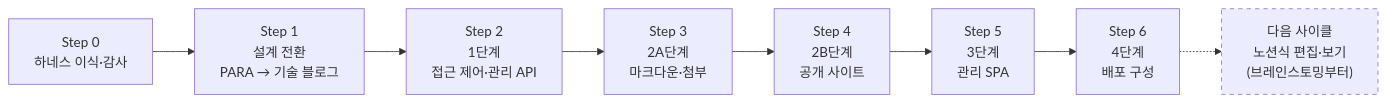
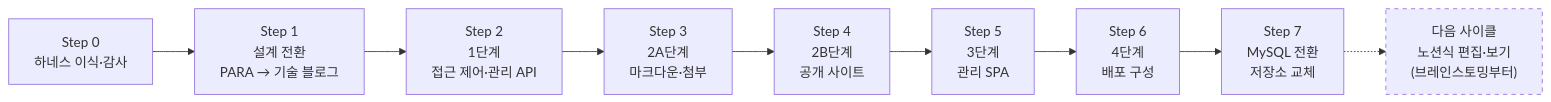
One commit to BerryBless/WebProject changed the first of 24 diagrams in docs/worklog.md. Above: the diagram before and after it, drawn with Mermaid. The commit also changed other lines of this file and 121 other files, not shown here.

````diff
--- a/docs/worklog.md
+++ b/docs/worklog.md
@@ -22,11 +23,12 @@
 ```mermaid
 flowchart LR
     S0["Step 0<br/>하네스 이식·감사"] --> S1["Step 1<br/>설계 전환<br/>PARA → 기술 블로그"]
     S1 --> S2["Step 2<br/>1단계<br/>접근 제어·관리 API"]
     S2 --> S3["Step 3<br/>2A단계<br/>마크다운·첨부"]
     S3 --> S4["Step 4<br/>2B단계<br/>공개 사이트"]
     S4 --> S5["Step 5<br/>3단계<br/>관리 SPA"]
     S5 --> S6["Step 6<br/>4단계<br/>배포 구성"]
-    S6 -.-> NEXT["다음 사이클<br/>노션식 편집·보기<br/>(브레인스토밍부터)"]
+    S6 --> S7["Step 7<br/>MySQL 전환<br/>저장소 교체"]
+    S7 -.-> NEXT["다음 사이클<br/>노션식 편집·보기<br/>(브레인스토밍부터)"]
     style NEXT stroke-dasharray: 5 5
 ```
````
